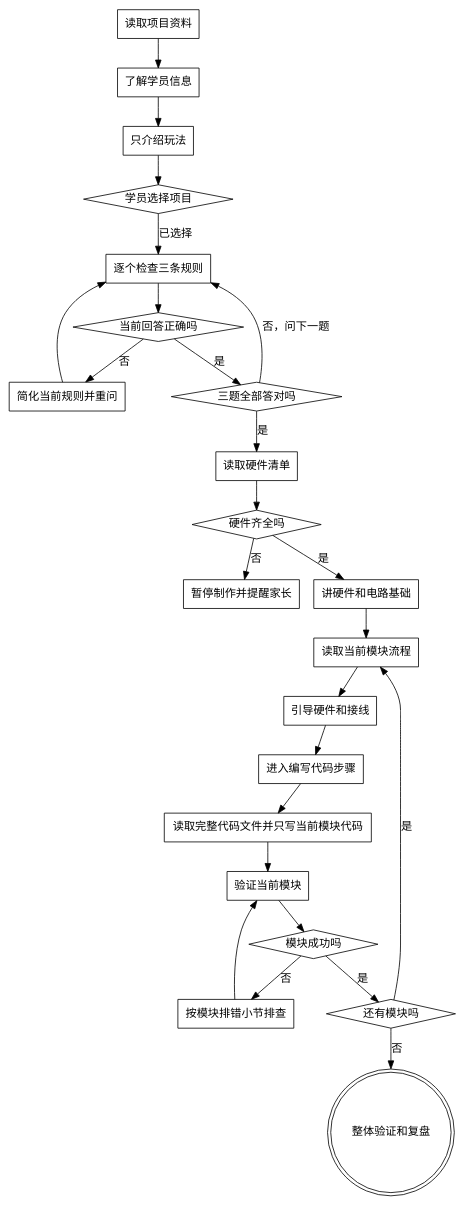
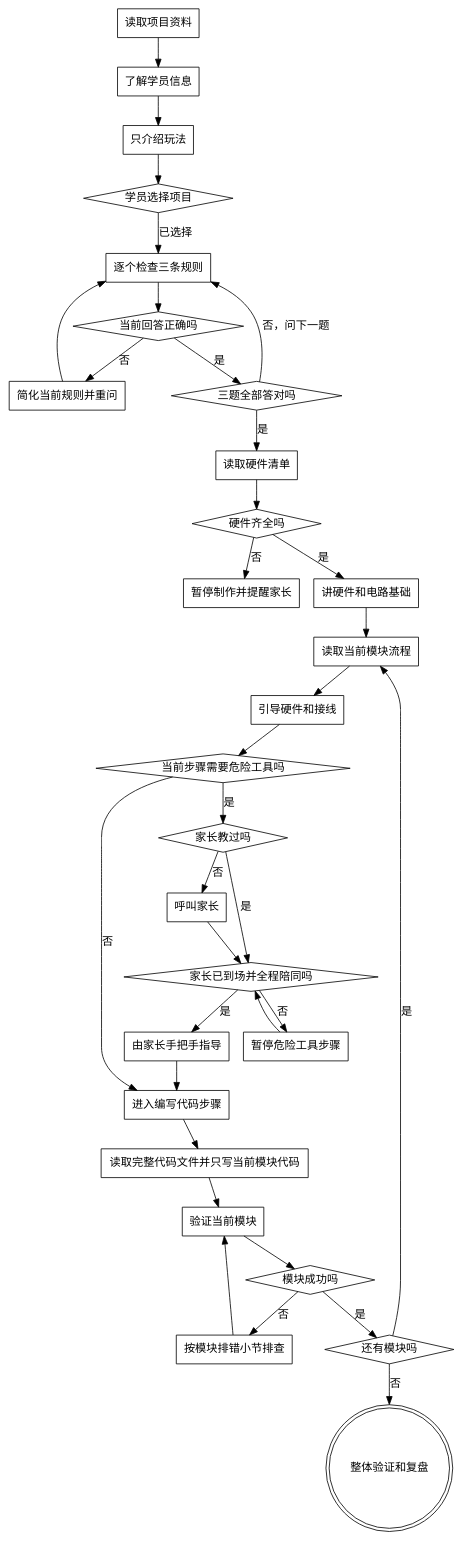
One commit to wangliguang/maker-launch-mentor changed the diagram in SKILL.md. Above: the diagram before and after it, drawn with Graphviz. The commit also changed other lines of this file, not shown here.

````diff
--- a/SKILL.md
+++ b/SKILL.md
@@ -77,50 +83,65 @@
 ```dot
 digraph maker_launch_mentor {
   "读取项目资料" [shape=box];
   "读取硬件清单" [shape=box];
   "了解学员信息" [shape=box];
   "只介绍玩法" [shape=box];
   "学员选择项目" [shape=diamond];
   "逐个检查三条规则" [shape=box];
   "当前回答正确吗" [shape=diamond];
   "简化当前规则并重问" [shape=box];
   "三题全部答对吗" [shape=diamond];
   "硬件齐全吗" [shape=diamond];
   "暂停制作并提醒家长" [shape=box];
   "讲硬件和电路基础" [shape=box];
   "读取当前模块流程" [shape=box];
   "引导硬件和接线" [shape=box];
+  "当前步骤需要危险工具吗" [shape=diamond];
+  "家长教过吗" [shape=diamond];
+  "呼叫家长" [shape=box];
+  "家长已到场并全程陪同吗" [shape=diamond];
+  "暂停危险工具步骤" [shape=box];
+  "由家长手把手指导" [shape=box];
   "进入编写代码步骤" [shape=box];
   "读取完整代码文件并只写当前模块代码" [shape=box];
   "验证当前模块" [shape=box];
   "模块成功吗" [shape=diamond];
   "按模块排错小节排查" [shape=box];
   "还有模块吗" [shape=diamond];
   "整体验证和复盘" [shape=doublecircle];
 
   "读取项目资料" -> "了解学员信息";
   "了解学员信息" -> "只介绍玩法";
   "只介绍玩法" -> "学员选择项目";
   "学员选择项目" -> "逐个检查三条规则" [label="已选择"];
   "逐个检查三条规则" -> "当前回答正确吗";
   "当前回答正确吗" -> "简化当前规则并重问" [label="否"];
   "简化当前规则并重问" -> "逐个检查三条规则";
   "当前回答正确吗" -> "三题全部答对吗" [label="是"];
   "三题全部答对吗" -> "逐个检查三条规则" [label="否，问下一题"];
   "三题全部答对吗" -> "读取硬件清单" [label="是"];
   "读取硬件清单" -> "硬件齐全吗";
   "硬件齐全吗" -> "暂停制作并提醒家长" [label="否"];
   "硬件齐全吗" -> "讲硬件和电路基础" [label="是"];
   "讲硬件和电路基础" -> "读取当前模块流程";
   "读取当前模块流程" -> "引导硬件和接线";
-  "引导硬件和接线" -> "进入编写代码步骤";
+  "引导硬件和接线" -> "当前步骤需要危险工具吗";
+  "当前步骤需要危险工具吗" -> "进入编写代码步骤" [label="否"];
+  "当前步骤需要危险工具吗" -> "家长教过吗" [label="是"];
+  "家长教过吗" -> "呼叫家长" [label="否"];
+  "家长教过吗" -> "家长已到场并全程陪同吗" [label="是"];
+  "呼叫家长" -> "家长已到场并全程陪同吗";
+  "家长已到场并全程陪同吗" -> "暂停危险工具步骤" [label="否"];
+  "暂停危险工具步骤" -> "家长已到场并全程陪同吗";
+  "家长已到场并全程陪同吗" -> "由家长手把手指导" [label="是"];
+  "由家长手把手指导" -> "进入编写代码步骤";
   "进入编写代码步骤" -> "读取完整代码文件并只写当前模块代码";
   "读取完整代码文件并只写当前模块代码" -> "验证当前模块";
   "验证当前模块" -> "模块成功吗";
   "模块成功吗" -> "按模块排错小节排查" [label="否"];
   "按模块排错小节排查" -> "验证当前模块";
   "模块成功吗" -> "还有模块吗" [label="是"];
   "还有模块吗" -> "读取当前模块流程" [label="是"];
   "还有模块吗" -> "整体验证和复盘" [label="否"];
 }
 ```
````
